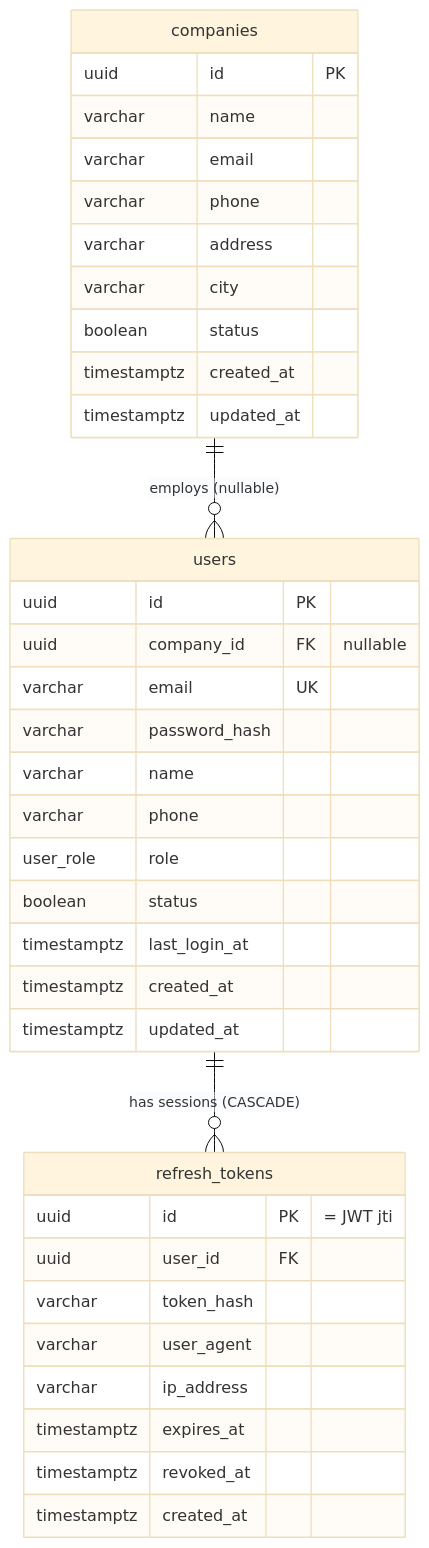
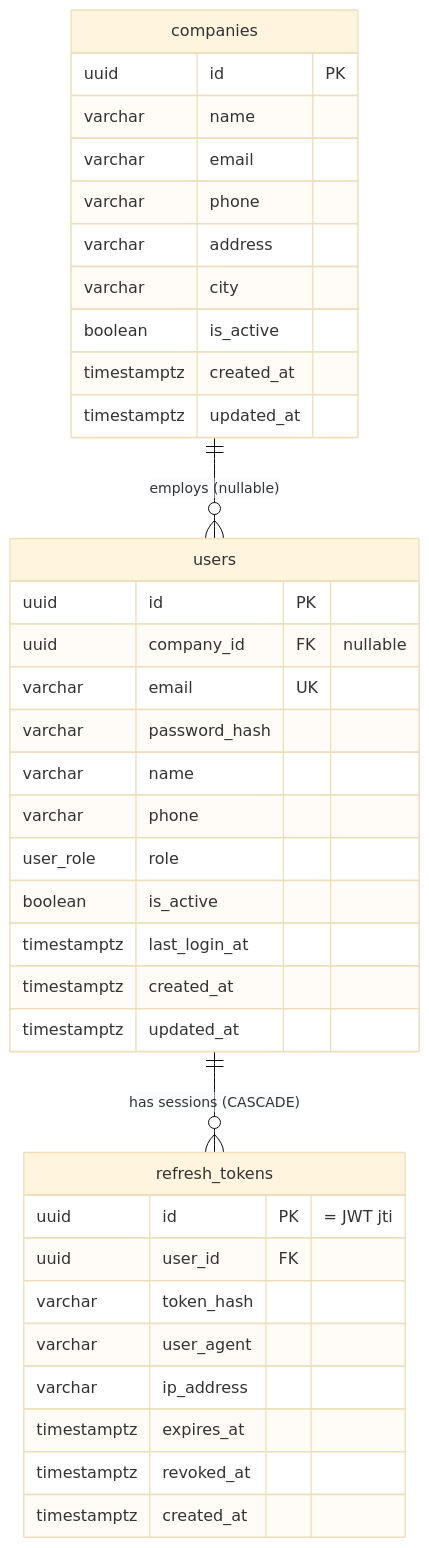
One commit to zeeshan-6789539/backend changed the first of 4 diagrams in docs/DATABASE.md. Above: the diagram before and after it, drawn with Mermaid (base theme). The commit also changed other lines of this file and 15 other files, not shown here.

First line of the commit message:
refactor: rename status column to is_active on companies and users

````diff
--- a/docs/DATABASE.md
+++ b/docs/DATABASE.md
@@ -38,40 +38,40 @@
 ```mermaid
 erDiagram
     companies ||--o{ users : "employs (nullable)"
     users ||--o{ refresh_tokens : "has sessions (CASCADE)"
 
     companies {
         uuid id PK
         varchar name
         varchar email
         varchar phone
         varchar address
         varchar city
-        boolean status
+        boolean is_active
         timestamptz created_at
         timestamptz updated_at
     }
     users {
         uuid id PK
         uuid company_id FK "nullable"
         varchar email UK
         varchar password_hash
         varchar name
         varchar phone
         user_role role
-        boolean status
+        boolean is_active
         timestamptz last_login_at
         timestamptz created_at
         timestamptz updated_at
     }
     refresh_tokens {
         uuid id PK "= JWT jti"
         uuid user_id FK
         varchar token_hash
         varchar user_agent
         varchar ip_address
         timestamptz expires_at
         timestamptz revoked_at
         timestamptz created_at
     }
 ```
````
